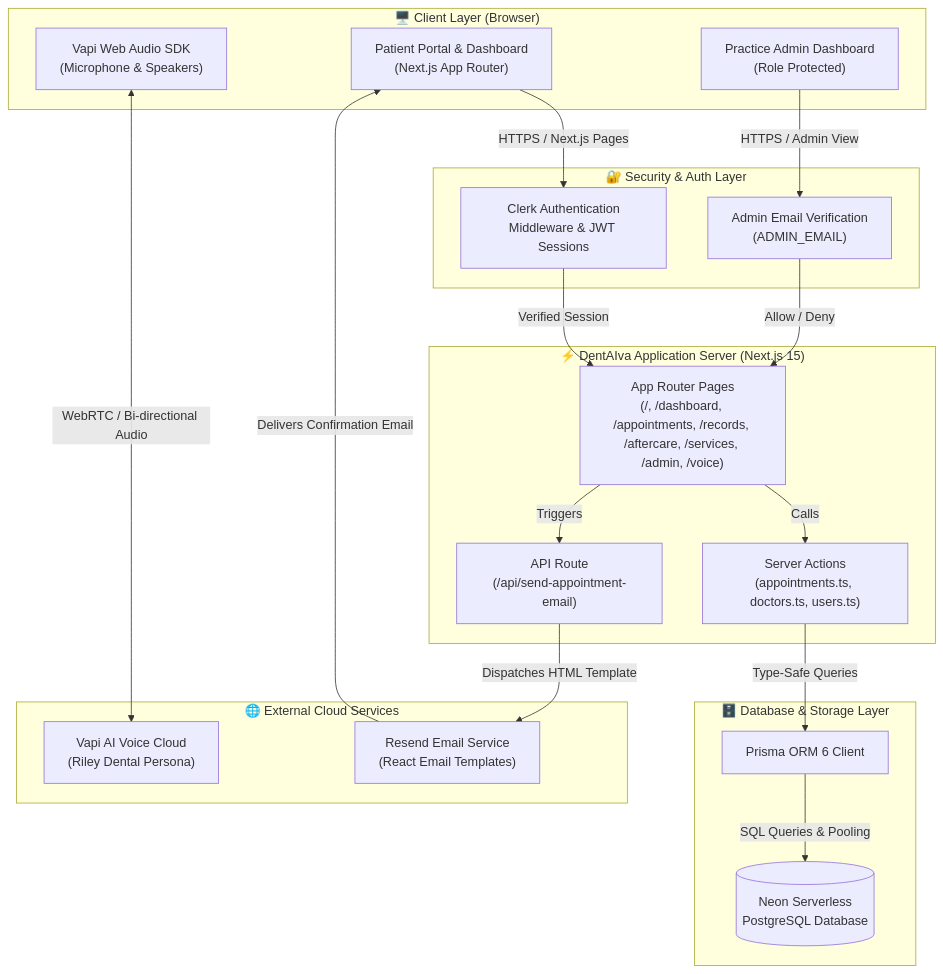
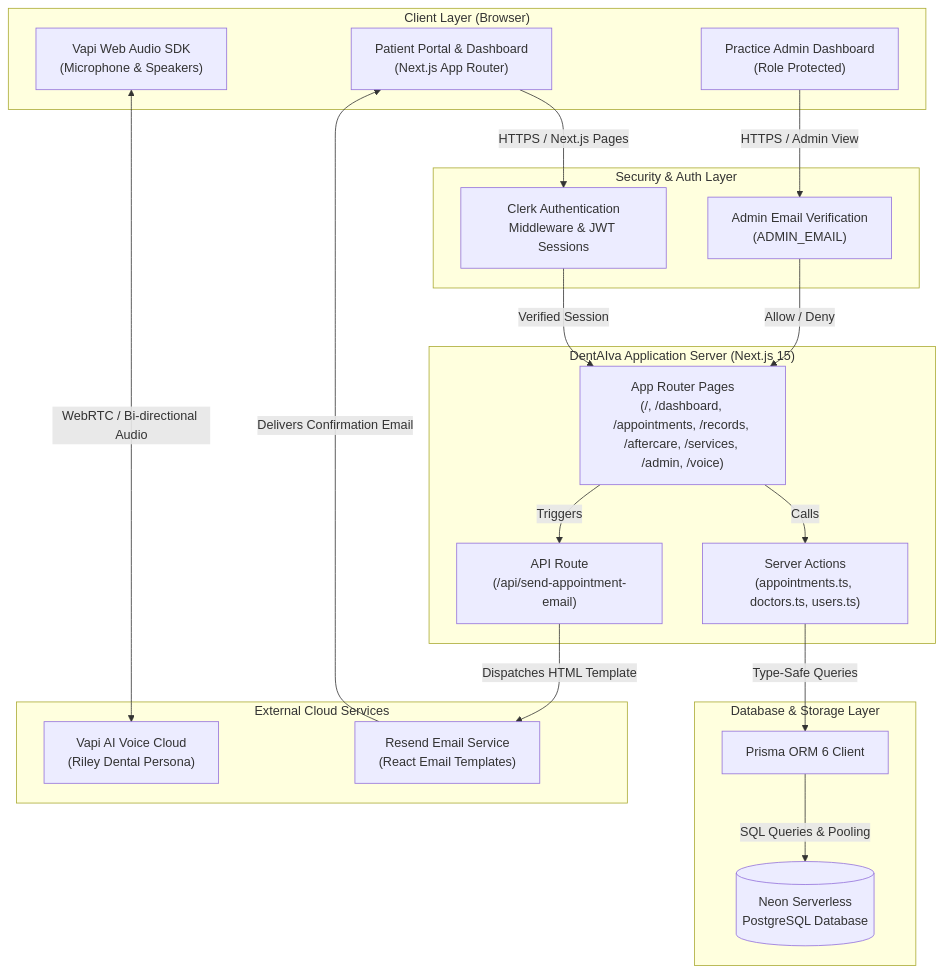
The first of 5 diagrams in README.md (Satyam6201/DentAIva), drawn with Mermaid before and after one commit. The commit also changed other lines of this file and 7 other files, not shown here.

````diff
--- a/README.md
+++ b/README.md
@@ -72,45 +72,45 @@
 ```mermaid
 flowchart TD
-    subgraph ClientLayer["🖥️ Client Layer (Browser)"]
+    subgraph ClientLayer["Client Layer (Browser)"]
         UserBrowser["Patient Portal & Dashboard\n(Next.js App Router)"]
         AdminBrowser["Practice Admin Dashboard\n(Role Protected)"]
         VoiceClient["Vapi Web Audio SDK\n(Microphone & Speakers)"]
     end
 
-    subgraph SecurityMiddleware["🔐 Security & Auth Layer"]
+    subgraph SecurityMiddleware["Security & Auth Layer"]
         ClerkAuth["Clerk Authentication\nMiddleware & JWT Sessions"]
         RoleCheck["Admin Email Verification\n(ADMIN_EMAIL)"]
     end
 
-    subgraph AppServer["⚡ DentAIva Application Server (Next.js 15)"]
+    subgraph AppServer["DentAIva Application Server (Next.js 15)"]
         AppRouter["App Router Pages\n(/, /dashboard, /appointments, /records, /aftercare, /services, /admin, /voice)"]
         ServerActions["Server Actions\n(appointments.ts, doctors.ts, users.ts)"]
         EmailRoute["API Route\n(/api/send-appointment-email)"]
     end
 
-    subgraph DatabaseLayer["🗄️ Database & Storage Layer"]
+    subgraph DatabaseLayer["Database & Storage Layer"]
         PrismaORM["Prisma ORM 6 Client"]
         NeonDB[("Neon Serverless\nPostgreSQL Database")]
     end
 
-    subgraph ExternalServices["🌐 External Cloud Services"]
+    subgraph ExternalServices["External Cloud Services"]
         VapiCloud["Vapi AI Voice Cloud\n(Riley Dental Persona)"]
         ResendMail["Resend Email Service\n(React Email Templates)"]
     end
 
     UserBrowser -->|HTTPS / Next.js Pages| ClerkAuth
     AdminBrowser -->|HTTPS / Admin View| RoleCheck
     RoleCheck -->|Allow / Deny| AppRouter
 
     ClerkAuth -->|Verified Session| AppRouter
     AppRouter -->|Calls| ServerActions
     AppRouter -->|Triggers| EmailRoute
 
     ServerActions -->|Type-Safe Queries| PrismaORM
     PrismaORM -->|SQL Queries & Pooling| NeonDB
 
     EmailRoute -->|Dispatches HTML Template| ResendMail
     ResendMail -->|Delivers Confirmation Email| UserBrowser
 
     VoiceClient <-->|WebRTC / Bi-directional Audio| VapiCloud
 ```
````
